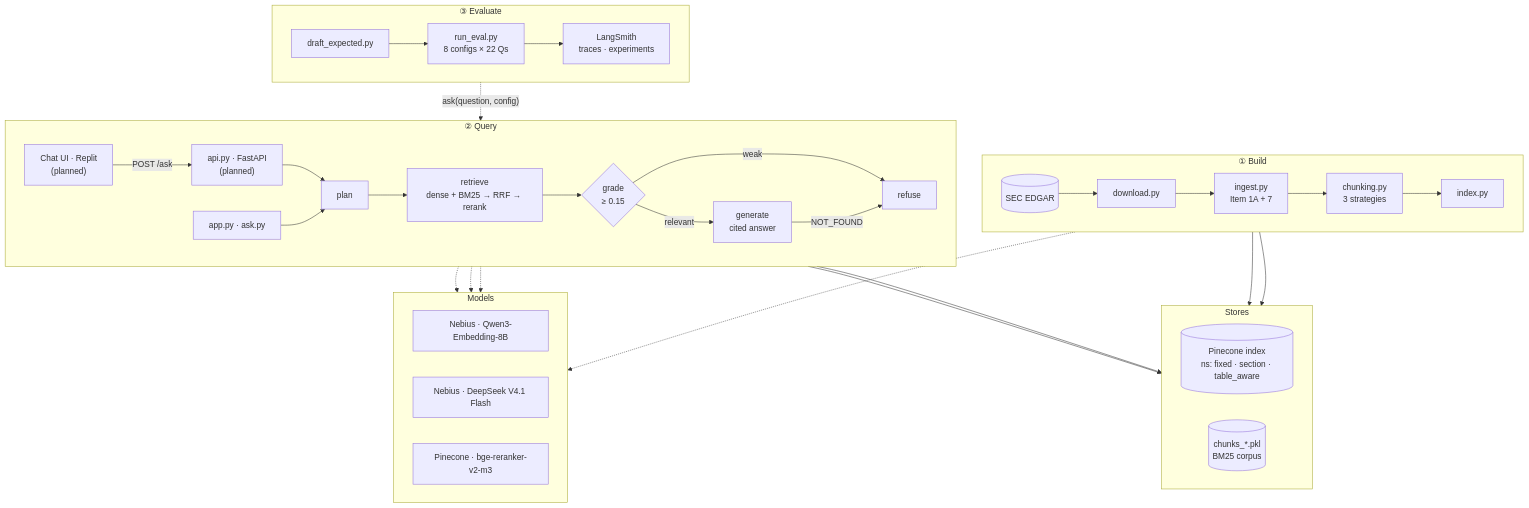
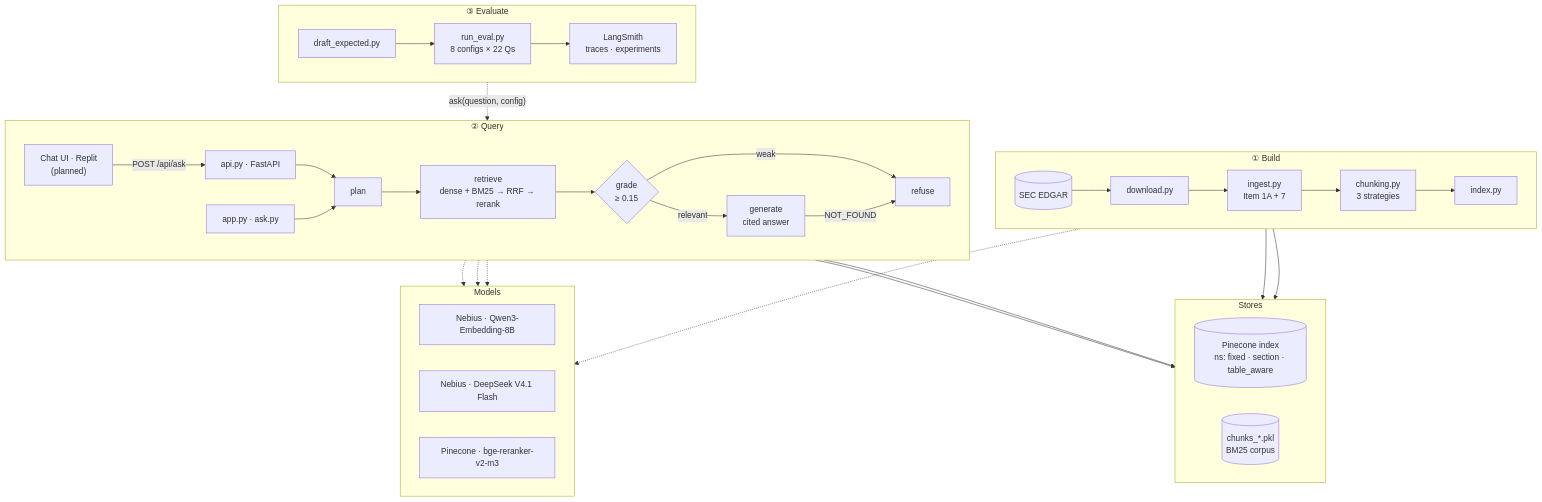
One commit to kdhandapani-hub/filing-lens changed the first of 3 diagrams in docs/ARCHITECTURE.md. Above: the diagram before and after it, drawn with Mermaid. The commit also changed other lines of this file and 20 other files, not shown here.

Commit message:
Day 3: full eval (22x8), EVALUATION.md, FastAPI + Replit setup, parallel comparison retrieval

````diff
--- a/docs/ARCHITECTURE.md
+++ b/docs/ARCHITECTURE.md
@@ -16,45 +16,45 @@
 ```mermaid
 flowchart TB
   subgraph BUILD["① Build"]
     direction LR
     EDGAR[("SEC EDGAR")] --> DL["download.py"] --> ING["ingest.py<br/>Item 1A + 7"] --> CH["chunking.py<br/>3 strategies"] --> IDX["index.py"]
   end
 
   subgraph STORE["Stores"]
     direction LR
     PC[("Pinecone index<br/>ns: fixed · section · table_aware")]
     PKL[("chunks_*.pkl<br/>BM25 corpus")]
   end
 
   subgraph QUERY["② Query"]
     direction LR
-    UI["Chat UI · Replit<br/>(planned)"] -->|"POST /ask"| API["api.py · FastAPI<br/>(planned)"] --> PLAN
+    UI["Chat UI · Replit<br/>(planned)"] -->|"POST /api/ask"| API["api.py · FastAPI"] --> PLAN
     LOCAL["app.py · ask.py"] --> PLAN
     PLAN["plan"] --> RET["retrieve<br/>dense + BM25 → RRF → rerank"] --> GRADE{"grade<br/>≥ 0.15"}
     GRADE -->|relevant| GEN["generate<br/>cited answer"]
     GRADE -->|weak| REF["refuse"]
     GEN -->|NOT_FOUND| REF
   end
 
   subgraph MODELS["Models"]
     direction LR
     EMB["Nebius · Qwen3-Embedding-8B"]
     LLM["Nebius · DeepSeek V4.1 Flash"]
     RR["Pinecone · bge-reranker-v2-m3"]
   end
 
   subgraph EVAL["③ Evaluate"]
     direction LR
     DE["draft_expected.py"] --> RE["run_eval.py<br/>8 configs × 22 Qs"] --> LS["LangSmith<br/>traces · experiments"]
   end
 
   IDX --> PC
   IDX --> PKL
   IDX -.-> EMB
   RET --> PC
   RET --> PKL
   RET -.-> EMB
   RET -.-> RR
   GEN -.-> LLM
   RE -.->|"ask(question, config)"| PLAN
 ```
````
